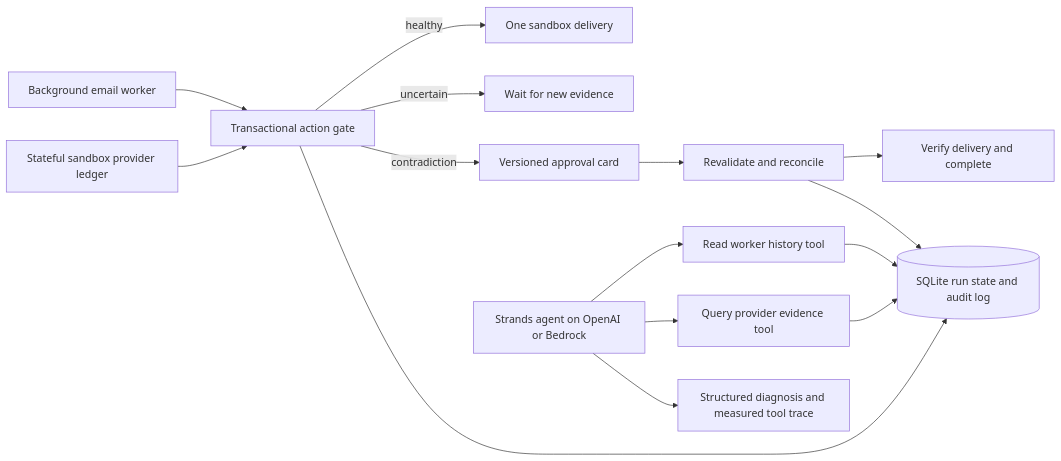
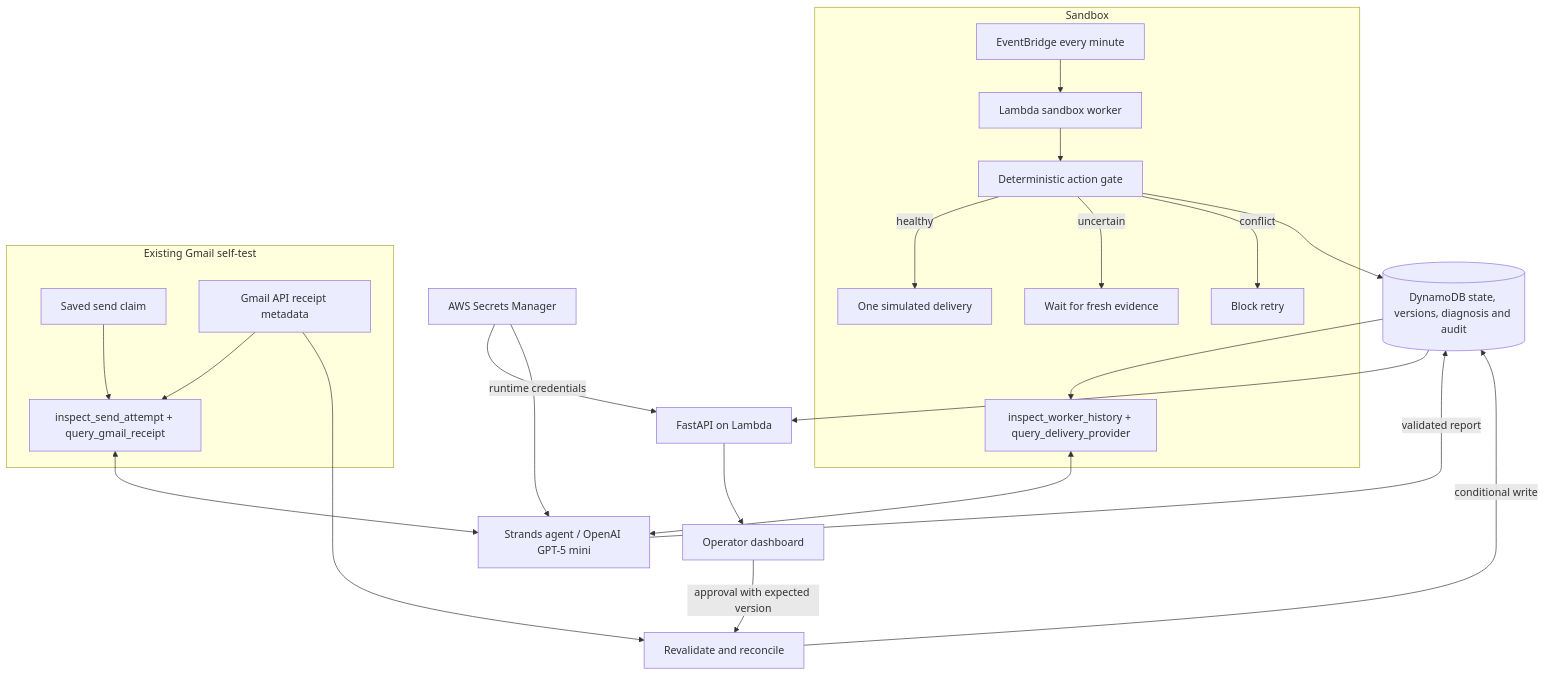
Before and after one commit to mofeed28/stateguard: the diagram in docs/ARCHITECTURE.md, drawn with Mermaid. The commit also changed other lines of this file and 19 other files, not shown here.

````diff
--- a/docs/ARCHITECTURE.md
+++ b/docs/ARCHITECTURE.md
@@ -5,17 +5,27 @@
 ```mermaid
-flowchart LR
-  W[Background email worker] --> G[Transactional action gate]
-  P[Stateful sandbox provider ledger] --> G
-  G -->|healthy| D[One sandbox delivery]
-  G -->|uncertain| Q[Wait for new evidence]
-  G -->|contradiction| H[Versioned approval card]
-  H --> R[Revalidate and reconcile]
-  R --> V[Verify delivery and complete]
-  S[Strands agent on OpenAI or Bedrock] --> T[Read worker history tool]
-  S --> E[Query provider evidence tool]
-  T --> DB[(SQLite run state and audit log)]
-  E --> DB
-  S --> A[Structured diagnosis and measured tool trace]
-  G --> DB
-  R --> DB
+flowchart TB
+  subgraph Sandbox
+    EB[EventBridge every minute] --> W[Lambda sandbox worker]
+    W --> G[Deterministic action gate]
+    G -->|healthy| D[One simulated delivery]
+    G -->|uncertain| Wait[Wait for fresh evidence]
+    G -->|conflict| Hold[Block retry]
+    ST[inspect_worker_history + query_delivery_provider]
+  end
+  subgraph Gmail[Existing Gmail self-test]
+    Claim[Saved send claim] --> GT[inspect_send_attempt + query_gmail_receipt]
+    GmailAPI[Gmail API receipt metadata] --> GT
+  end
+  G --> DB[(DynamoDB state, versions, diagnosis and audit)]
+  DB --> ST
+  ST <--> Agent[Strands agent / OpenAI GPT-5 mini]
+  GT <--> Agent
+  Agent -->|validated report| DB
+  DB --> API[FastAPI on Lambda]
+  API --> UI[Operator dashboard]
+  UI -->|approval with expected version| Gate[Revalidate and reconcile]
+  Gate -->|conditional write| DB
+  GmailAPI --> Gate
+  SM[AWS Secrets Manager] -->|runtime credentials| API
+  SM --> Agent
 ```
````
